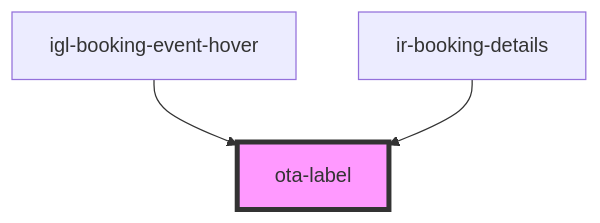
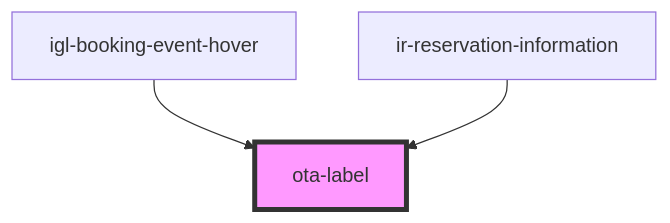
One commit to David1Chowaifaty/modified-ir-webcmp changed the diagram in src/components/ota-label/readme.md. Above: the diagram before and after it, drawn with Mermaid. The commit also changed other lines of this file and 19 other files, not shown here.

````diff
--- a/src/components/ota-label/readme.md
+++ b/src/components/ota-label/readme.md
@@ -25,6 +25,6 @@
 ```mermaid
 graph TD;
   igl-booking-event-hover --> ota-label
-  ir-booking-details --> ota-label
+  ir-reservation-information --> ota-label
   style ota-label fill:#f9f,stroke:#333,stroke-width:4px
 ```
````
